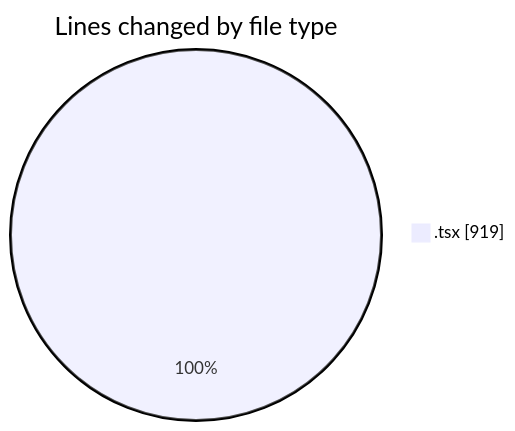
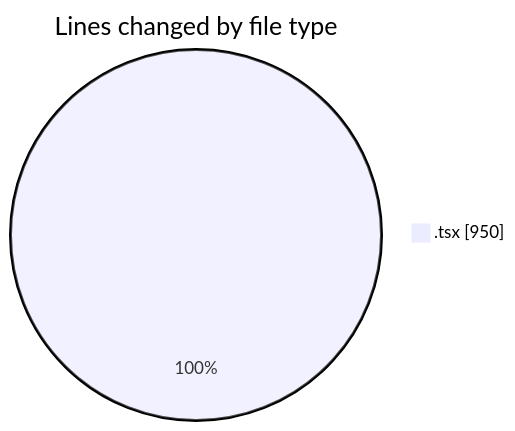
The first of 2 diagrams in 2025-07-03/cda/README.md (momahboobian/code-tracking), drawn with Mermaid before and after one commit. The commit also changed other lines of this file and 1 other file, not shown here.

````diff
--- a/2025-07-03/cda/README.md
+++ b/2025-07-03/cda/README.md
@@ -22,5 +22,5 @@
 ```mermaid
 pie showData
 title Lines changed by file type
-".tsx" : 919
+".tsx" : 950
 ```
````
